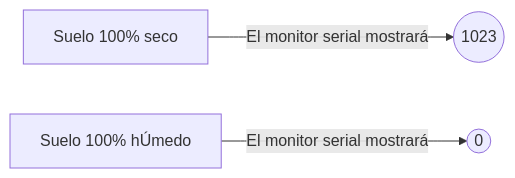
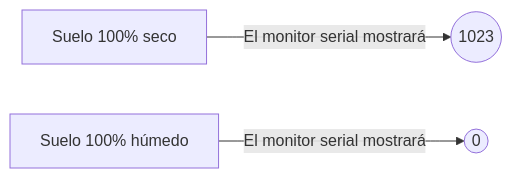
One commit to FelicianoINSM/FdC-App changed the second of 2 diagrams in README.md. Above: the diagram before and after it, drawn with Mermaid.

````diff
--- a/README.md
+++ b/README.md
@@ -13,5 +13,5 @@
 ```mermaid
 graph LR
 A[Suelo 100% seco] -- El monitor serial mostrará--> B((1023))
-C[Suelo 100% hÚmedo] -- El monitor serial mostrará --> D((0))
+C[Suelo 100% húmedo] -- El monitor serial mostrará --> D((0))
 ```
````
